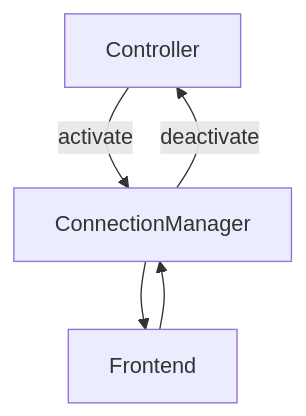
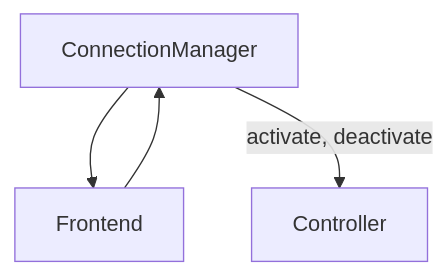
Before and after one commit to mozilla-mobile/mozilla-vpn-client: the diagram in docs/rfcs/0003-rfc-controller_refactor.md, drawn with Mermaid. The commit also changed other lines of this file, not shown here.

Commit message:
fixup! Remove controller states, update diagram

````diff
--- a/docs/rfcs/0003-rfc-controller_refactor.md
+++ b/docs/rfcs/0003-rfc-controller_refactor.md
@@ -20,7 +20,6 @@
 ```mermaid
 graph TD
-    Controller -->|activate| ConnectionManager
     ConnectionManager --> Frontend
     Frontend --> ConnectionManager
-    ConnectionManager -->|deactivate| Controller
+    ConnectionManager -->|activate, deactivate| Controller
 ```
````
